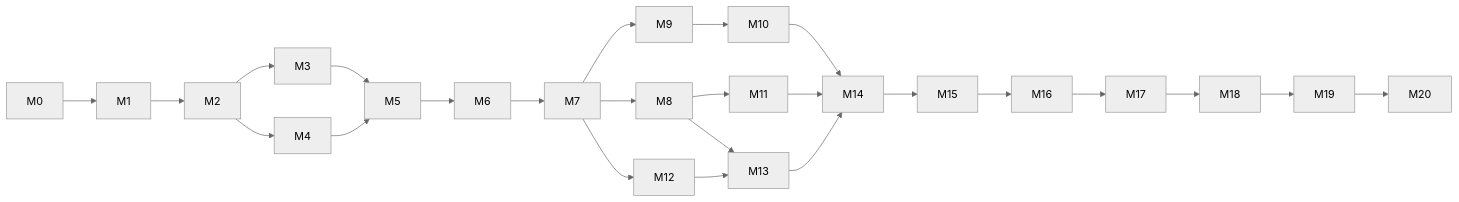
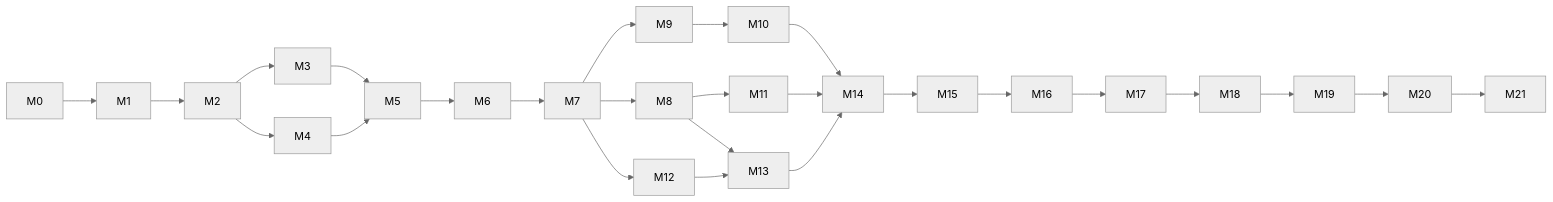
Before and after one commit to danielcbdev/petscape: the diagram in docs/planning/implementation-plan.md, drawn with Mermaid (neutral theme). The commit also changed other lines of this file and 50 other files, not shown here.

````diff
--- a/docs/planning/implementation-plan.md
+++ b/docs/planning/implementation-plan.md
@@ -33,18 +33,18 @@
 ```mermaid
 flowchart LR
   M0 --> M1 --> M2
   M2 --> M3 & M4
   M3 --> M5
   M4 --> M5
   M5 --> M6
   M6 --> M7
   M7 --> M8 & M9 & M12
   M8 --> M11
   M9 --> M10
   M8 --> M13
   M12 --> M13
   M10 --> M14
   M11 --> M14
   M13 --> M14
-  M14 --> M15 --> M16 --> M17 --> M18 --> M19 --> M20
+  M14 --> M15 --> M16 --> M17 --> M18 --> M19 --> M20 --> M21
 ```
````
